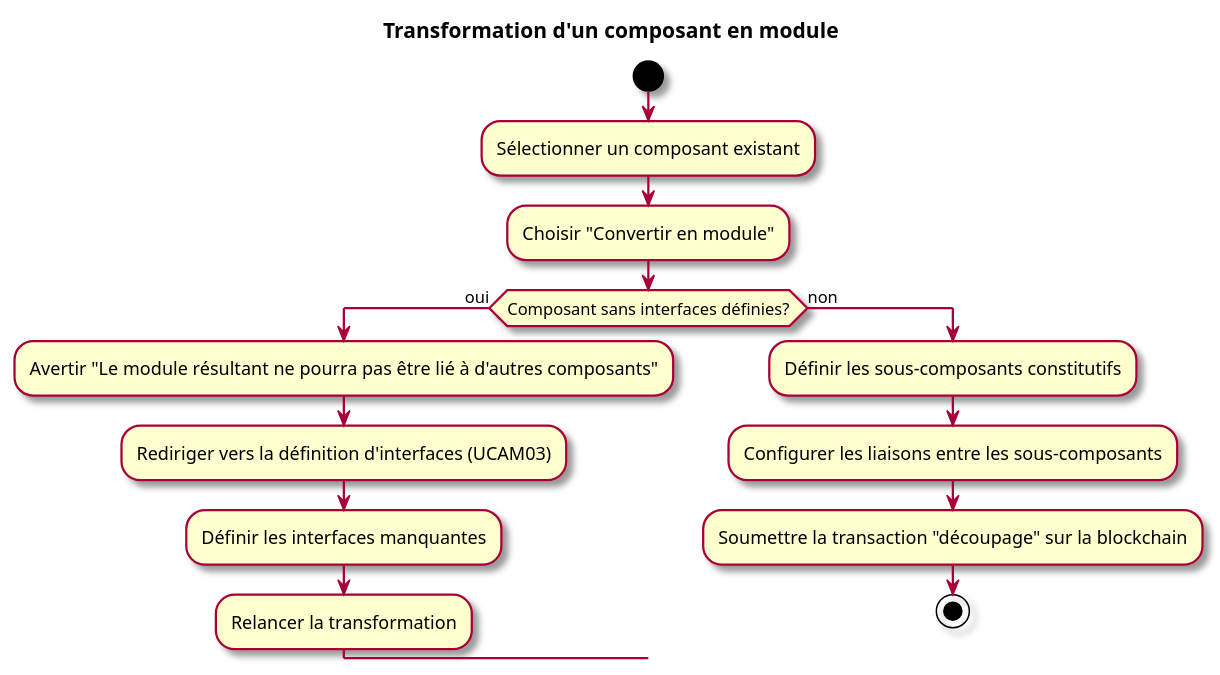
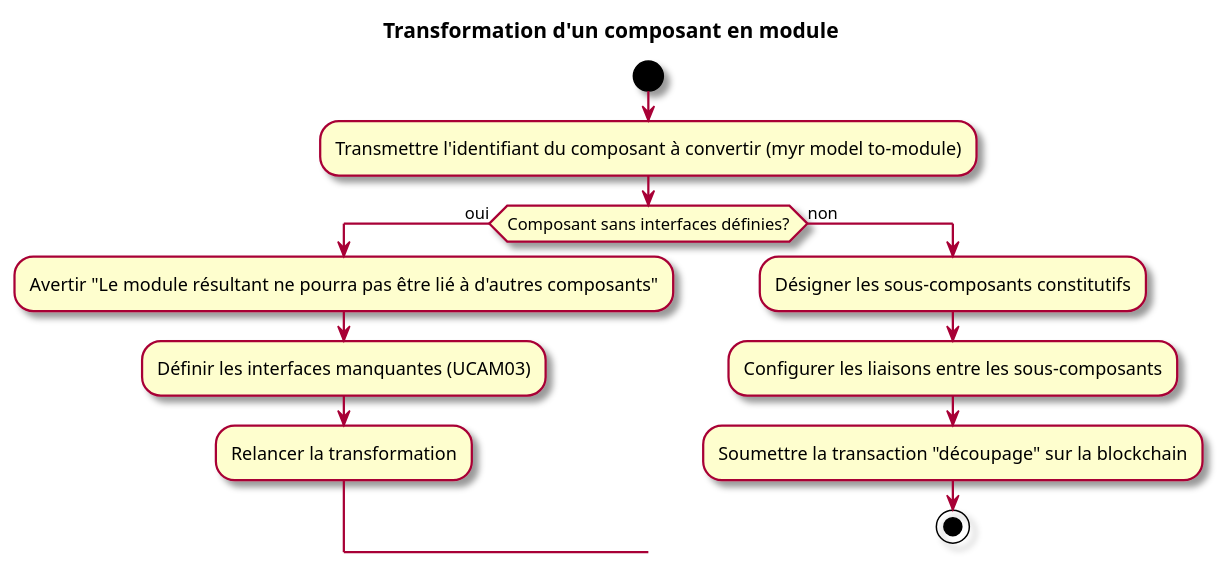
Before and after one commit to olivaux/myr: the second of 2 diagrams in specs/1-Expression/UCAM-Atelier_Module/UCAM05.md, drawn with PlantUML. The commit also changed other lines of this file and 65 other files, not shown here.

````diff
--- a/specs/1-Expression/UCAM-Atelier_Module/UCAM05.md
+++ b/specs/1-Expression/UCAM-Atelier_Module/UCAM05.md
@@ -68,20 +67,18 @@
 ```plantuml
 @startuml
 skin rose
 title Transformation d'un composant en module
 start
-:Sélectionner un composant existant;
-:Choisir "Convertir en module";
+:Transmettre l'identifiant du composant à convertir (myr model to-module);
 if (Composant sans interfaces définies?) then (oui)
   :Avertir "Le module résultant ne pourra pas être lié à d'autres composants";
-  :Rediriger vers la définition d'interfaces (UCAM03);
-  :Définir les interfaces manquantes;
+  :Définir les interfaces manquantes (UCAM03);
   :Relancer la transformation;
 else (non)
-  :Définir les sous-composants constitutifs;
+  :Désigner les sous-composants constitutifs;
   :Configurer les liaisons entre les sous-composants;
   :Soumettre la transaction "découpage" sur la blockchain;
   stop
 endif
 @enduml
 ```
````
